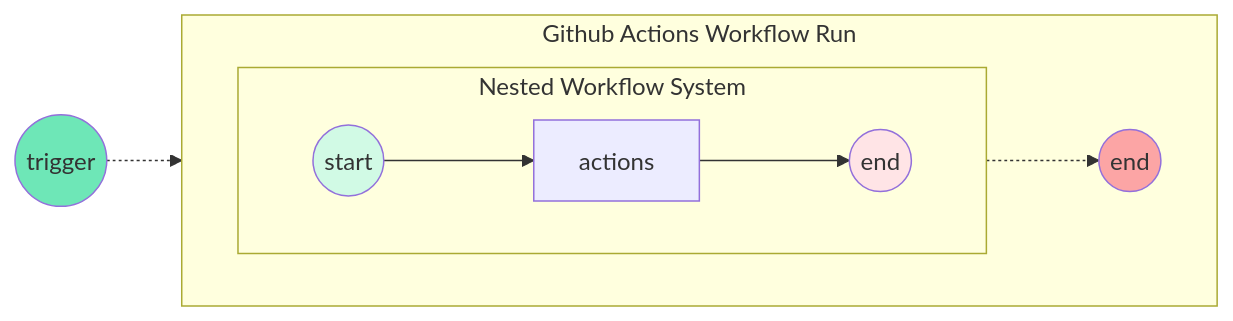
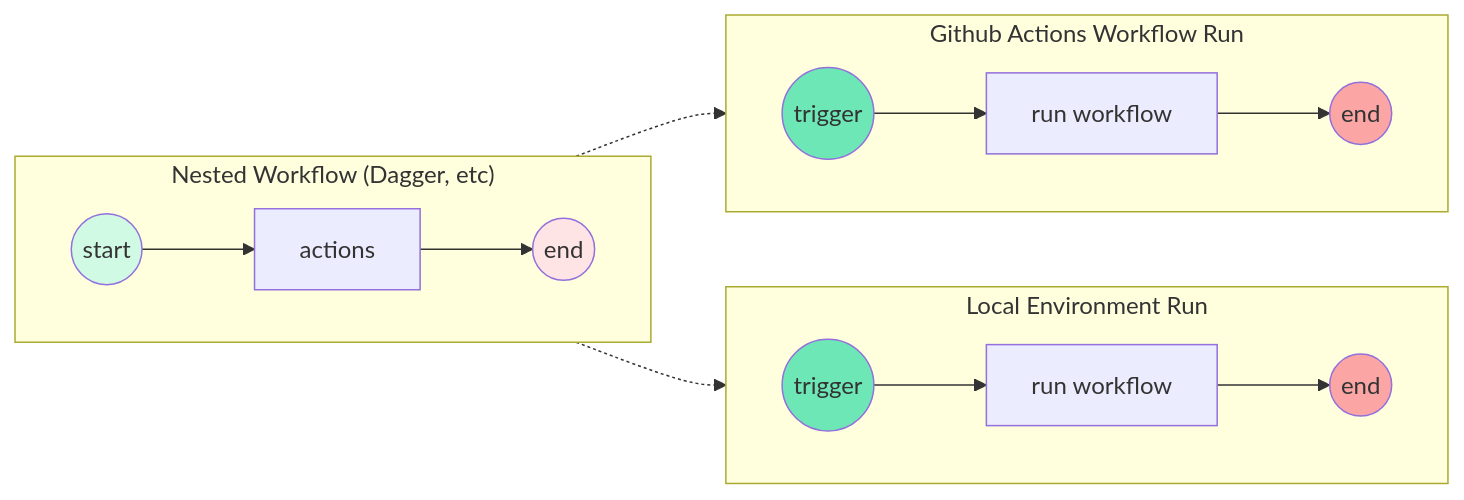
One commit to CU-DBMI/set-website changed the fourth of 4 diagrams in _posts/2023-02-27-Repository-Workflows-with-Github-Actions.md. Above: the diagram before and after it, drawn with Mermaid. The commit also changed other lines of this file, not shown here.

Commit message:
dagger content

````diff
--- a/_posts/2023-02-27-Repository-Workflows-with-Github-Actions.md
+++ b/_posts/2023-02-27-Repository-Workflows-with-Github-Actions.md
@@ -68,22 +70,36 @@
 ```mermaid
 flowchart LR
 
-    subgraph workflow [Github Actions Workflow Run]
-      direction LR
-      subgraph action [Nested Workflow System]
-        direction LR
-        actions
-        start2((start)) --> actions
-        actions --> en2((end))
-      end
-      
-      en2 -.-> en((end))
-
-    
+  subgraph action ["Nested Workflow (Dagger, etc)"]
+    direction LR
+    actions
+    start2((start)) --> actions
+    actions --> en2((end))
+    en2((end))
   end
-  start((trigger)) -.-> start2
+  subgraph workflow2 [Local Environment Run]
+    direction LR
+    run2[run workflow]
+    en3((end))
+    start3((trigger))
+  end
+  subgraph workflow [Github Actions Workflow Run]
+    direction LR
+    start((trigger))
+    run[run workflow]
+    en((end))
+  end
+  
+  start --> run
+  start3 --> run2
+  action -.-> run
+  run --> en
+  run2 --> en3
+  action -.-> run2
   style start fill:#6EE7B7
   style start2 fill:#D1FAE5
+  style start3 fill:#6EE7B7
   style en fill:#FCA5A5
   style en2 fill:#FFE4E6
+  style en3 fill:#FCA5A5
 ```
````
